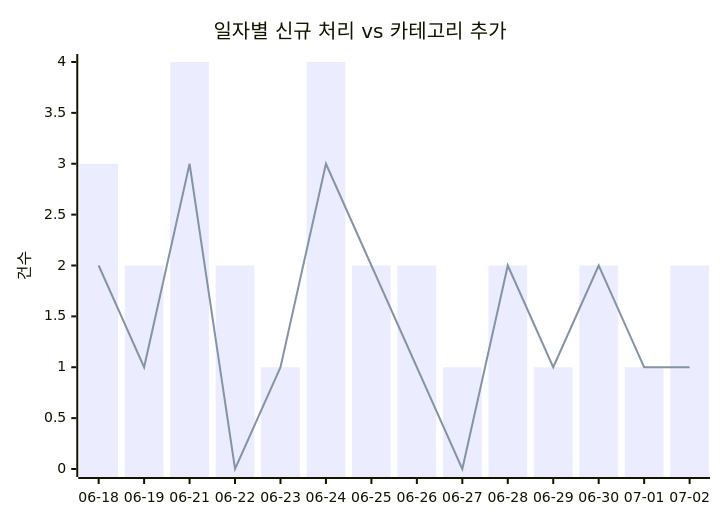
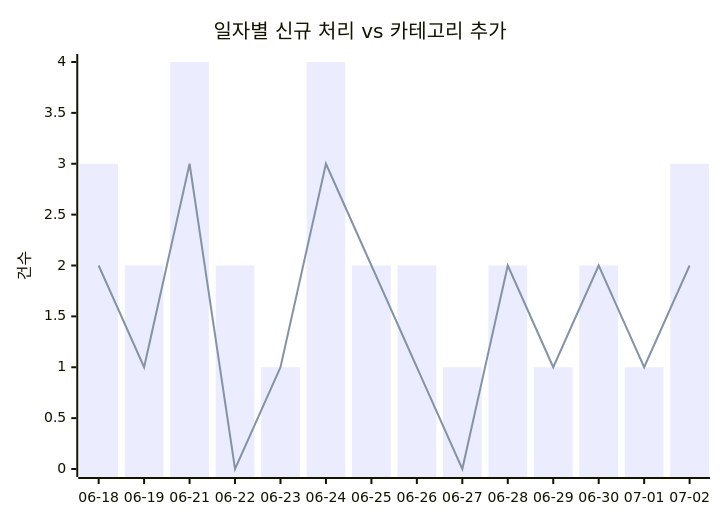
One commit to J-nowcow/awesome-korean-agent-skills changed the first of 2 diagrams in docs/trends.md. Above: the diagram before and after it, drawn with Mermaid. The commit also changed other lines of this file and 4 other files, not shown here.

````diff
--- a/docs/trends.md
+++ b/docs/trends.md
@@ -32,8 +32,8 @@
 ```mermaid
 xychart-beta
     title "일자별 신규 처리 vs 카테고리 추가"
     x-axis ["06-18","06-19","06-21","06-22","06-23","06-24","06-25","06-26","06-27","06-28","06-29","06-30","07-01","07-02"]
     y-axis "건수"
-    bar [3,2,4,2,1,4,2,2,1,2,1,2,1,2]
-    line [2,1,3,0,1,3,2,1,0,2,1,2,1,1]
+    bar [3,2,4,2,1,4,2,2,1,2,1,2,1,3]
+    line [2,1,3,0,1,3,2,1,0,2,1,2,1,2]
 ```
````
